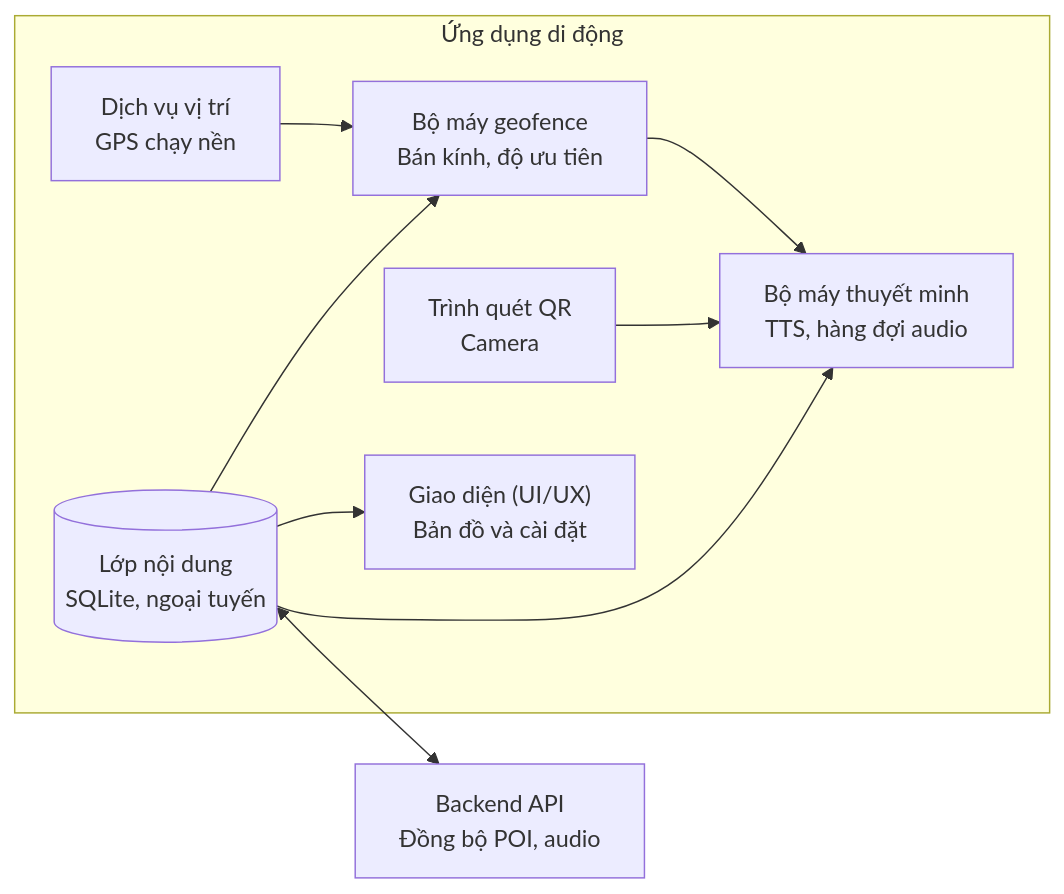
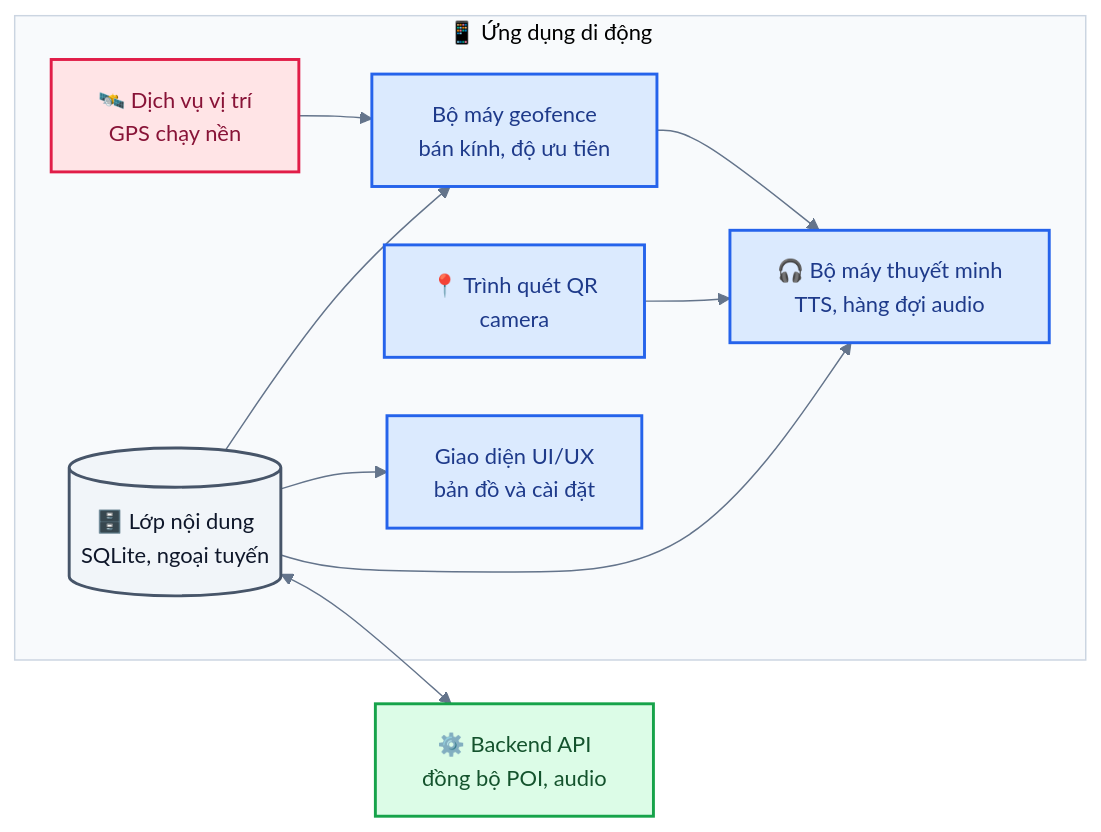
Before and after one commit to AiraLeFatale/CongNghePhanMem_Project: the fifth of 9 diagrams in README.md, drawn with Mermaid. The commit also changed other lines of this file and 181 other files, not shown here.

````diff
--- a/README.md
+++ b/README.md
@@ -67,20 +135,26 @@
 ```mermaid
+%%{init: {"theme":"base","fontFamily":"Helvetica Neue, Arial, sans-serif","themeVariables":{"fontFamily":"Helvetica Neue, Arial, sans-serif","fontSize":"15px","primaryColor":"#EFF6FF","primaryBorderColor":"#3B82F6","primaryTextColor":"#0F172A","lineColor":"#64748B","secondaryColor":"#F0FDF4","tertiaryColor":"#FFFFFF","clusterBkg":"#F8FAFC","clusterBorder":"#CBD5E1","edgeLabelBackground":"#FFFFFF","noteBkgColor":"#FEF9C3","noteBorderColor":"#EAB308","actorBkg":"#DBEAFE","actorBorder":"#2563EB","actorTextColor":"#1E3A8A","signalColor":"#475569","signalTextColor":"#0F172A","labelBoxBkgColor":"#F1F5F9","labelBoxBorderColor":"#94A3B8","activationBkgColor":"#E0F2FE","activationBorderColor":"#0284C7","sequenceNumberColor":"#FFFFFF","pie1":"#16A34A","pie2":"#F59E0B","pie3":"#94A3B8","pie4":"#DC2626","pie5":"#2563EB","pie6":"#7C3AED","pieStrokeColor":"#FFFFFF","pieSectionTextColor":"#FFFFFF","quadrant1Fill":"#FEE2E2","quadrant2Fill":"#FEF3C7","quadrant3Fill":"#DCFCE7","quadrant4Fill":"#FEF3C7","quadrantPointFill":"#1E3A8A","quadrantPointTextFill":"#0F172A","git0":"#1E3A8A","gitBranchLabel0":"#FFFFFF","cScale0":"#DBEAFE","cScale1":"#DCFCE7","cScale2":"#EDE9FE","cScale3":"#FEF3C7","cScale4":"#FFE4E6","cScale5":"#E0F2FE","cScale6":"#F1F5F9"},"flowchart":{"curve":"basis","padding":16,"nodeSpacing":40,"rankSpacing":50},"sequence":{"showSequenceNumbers":true,"mirrorActors":false}}}%%
 flowchart LR
-    subgraph MOBILE["Ứng dụng di động"]
-        LOC["Dịch vụ vị trí<br/>GPS chạy nền"]
-        QR["Trình quét QR<br/>Camera"]
-        GEO["Bộ máy geofence<br/>Bán kính, độ ưu tiên"]
-        NAR["Bộ máy thuyết minh<br/>TTS, hàng đợi audio"]
-        UI["Giao diện (UI/UX)<br/>Bản đồ và cài đặt"]
-        CONTENT[("Lớp nội dung<br/>SQLite, ngoại tuyến")]
+    subgraph MOBILE["📱 Ứng dụng di động"]
+        LOC["🛰️ Dịch vụ vị trí<br/>GPS chạy nền"]:::ext
+        QR["📍 Trình quét QR<br/>camera"]:::mobile
+        GEO["Bộ máy geofence<br/>bán kính, độ ưu tiên"]:::mobile
+        NAR["🎧 Bộ máy thuyết minh<br/>TTS, hàng đợi audio"]:::mobile
+        UI["Giao diện UI/UX<br/>bản đồ và cài đặt"]:::mobile
+        CONTENT[("🗄️ Lớp nội dung<br/>SQLite, ngoại tuyến")]:::data
     end
-    API["Backend API<br/>Đồng bộ POI, audio"]
+    API["⚙️ Backend API<br/>đồng bộ POI, audio"]:::backend
 
     LOC --> GEO
     GEO --> NAR
     QR --> NAR
     CONTENT --> GEO
     CONTENT --> UI
     CONTENT --> NAR
     CONTENT <--> API
+    style MOBILE fill:#F8FAFC,stroke:#CBD5E1
+    classDef mobile fill:#DBEAFE,stroke:#2563EB,stroke-width:2px,color:#1E3A8A
+    classDef backend fill:#DCFCE7,stroke:#16A34A,stroke-width:2px,color:#14532D
+    classDef ext fill:#FFE4E6,stroke:#E11D48,stroke-width:2px,color:#881337
+    classDef data fill:#F1F5F9,stroke:#475569,stroke-width:2px,color:#0F172A
 ```
````
